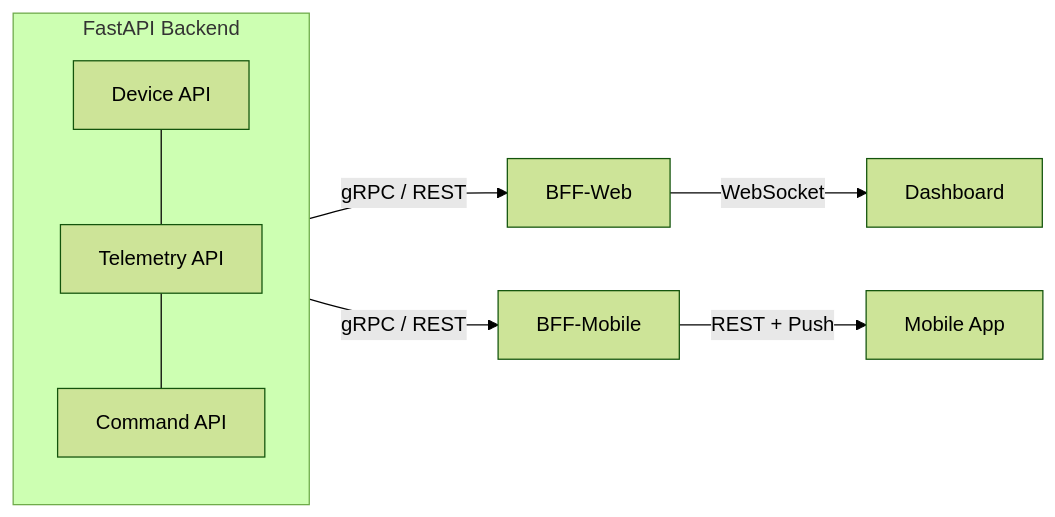
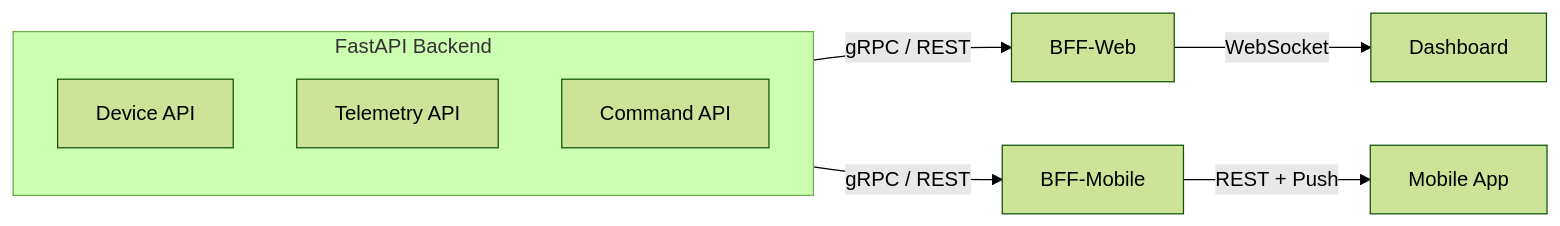
One commit to osisdie/osisdie.github.io changed the second of 3 diagrams in _posts/2026/2026-03-30-iot-1m-device-architecture.md. Above: the diagram before and after it, drawn with Mermaid (forest theme). The commit also changed 2 other files, not shown here.

Commit message:
fix: mermaid syntax — remove CJK from nodes, fix subgraph ID collision
- Part 1: subgraph Backend→BE, remove --- thick links inside subgraph
- Part 3: CJK node labels→English, stateDiagram state names simplified
- New agent: blog-mermaid-reviewer — validates mermaid syntax pre-render

````diff
--- a/_posts/2026/2026-03-30-iot-1m-device-architecture.md
+++ b/_posts/2026/2026-03-30-iot-1m-device-architecture.md
@@ -108,10 +108,12 @@
 ```mermaid
 flowchart LR
-    subgraph Backend["FastAPI Backend"]
-        D[Device API] --- T[Telemetry API] --- C[Command API]
+    subgraph BE["FastAPI Backend"]
+        D[Device API]
+        T2[Telemetry API]
+        C[Command API]
     end
-    Backend -->|gRPC / REST| W[BFF-Web]
-    Backend -->|gRPC / REST| M[BFF-Mobile]
+    BE -->|gRPC / REST| W[BFF-Web]
+    BE -->|gRPC / REST| M[BFF-Mobile]
     W -->|WebSocket| WD[Dashboard]
     M -->|REST + Push| MA[Mobile App]
 ```
````
